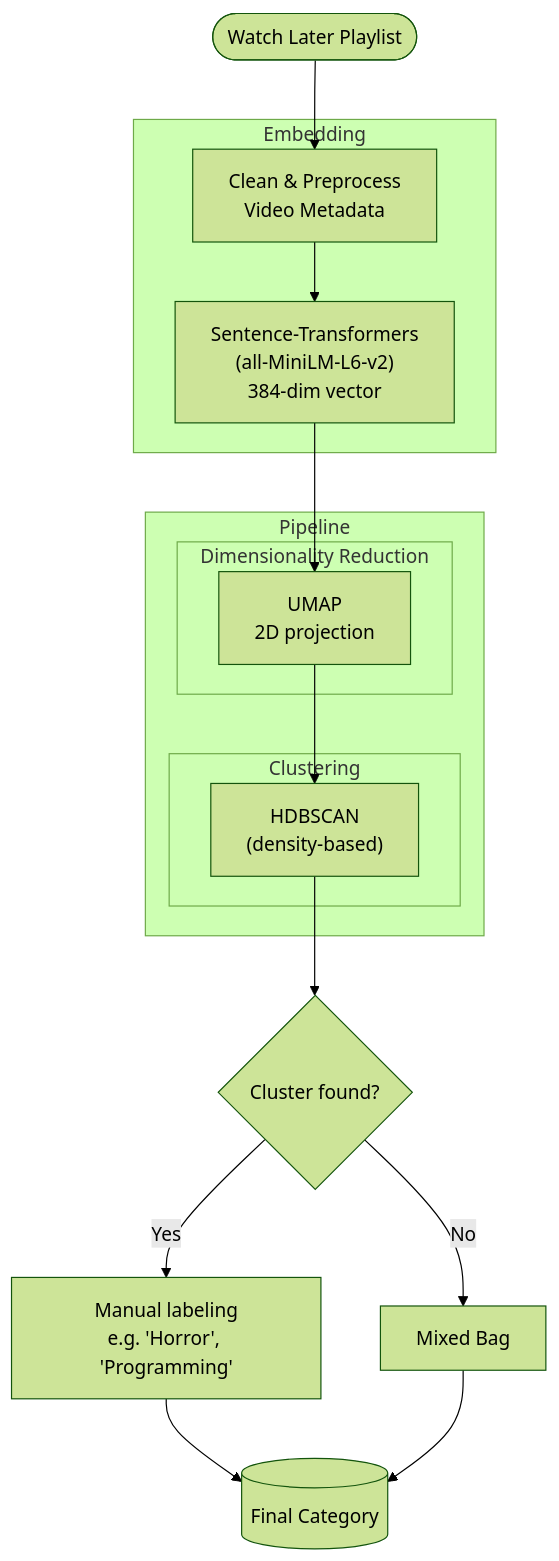
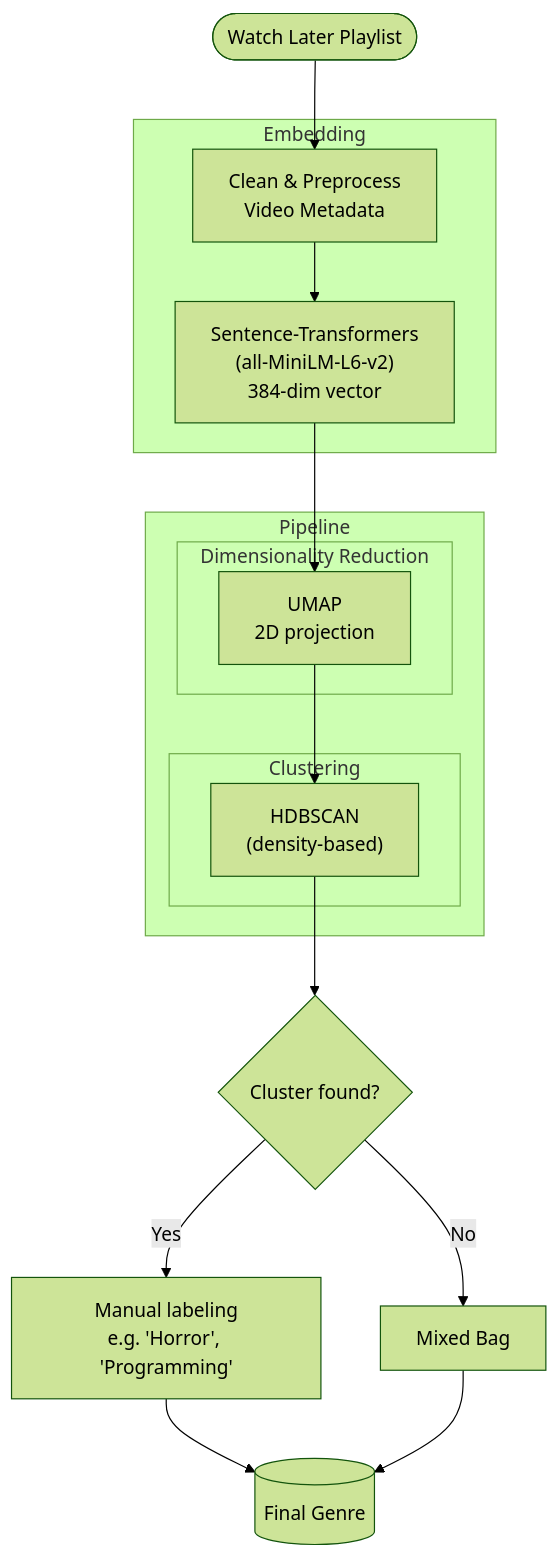
Before and after one commit to cosmognaut/magpie: the diagram in README.md, drawn with Mermaid (forest theme). The commit also changed other lines of this file, not shown here.

````diff
--- a/README.md
+++ b/README.md
@@ -40,25 +40,25 @@
 ```mermaid
 flowchart TD
     WL([Watch Later Playlist]) --> PREPROCESS[Clean & Preprocess<br/>Video Metadata]
 
     subgraph Embed["Embedding"]
         PREPROCESS --> MINILM["Sentence-Transformers<br/>(all-MiniLM-L6-v2)<br/> 384-dim vector"]
     end
 
     subgraph Pipeline["Pipeline"]
         subgraph Reduce["Dimensionality Reduction"]
             MINILM --> UMAP["UMAP<br/> 2D projection"]
         end
     
         subgraph Cluster["Clustering"]
             UMAP --> HDBSCAN["HDBSCAN<br/>(density-based)"]
         end
     end
 
     HDBSCAN --> YESORNO{Cluster found?}
     YESORNO -->|Yes| MANUAL["Manual labeling<br/>e.g. 'Horror', 'Programming'"]
     YESORNO -->|No| MIXED[Mixed Bag]
 
-    MANUAL --> FINAL[(Final Category)]
+    MANUAL --> FINAL[(Final Genre)]
     MIXED --> FINAL
 ```
````
